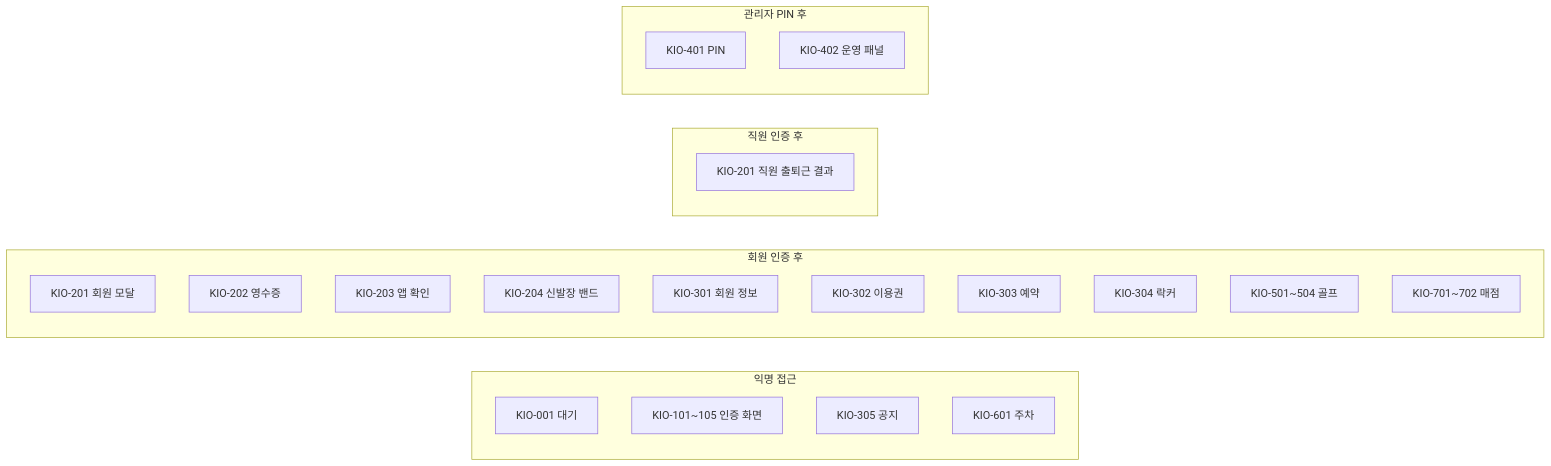
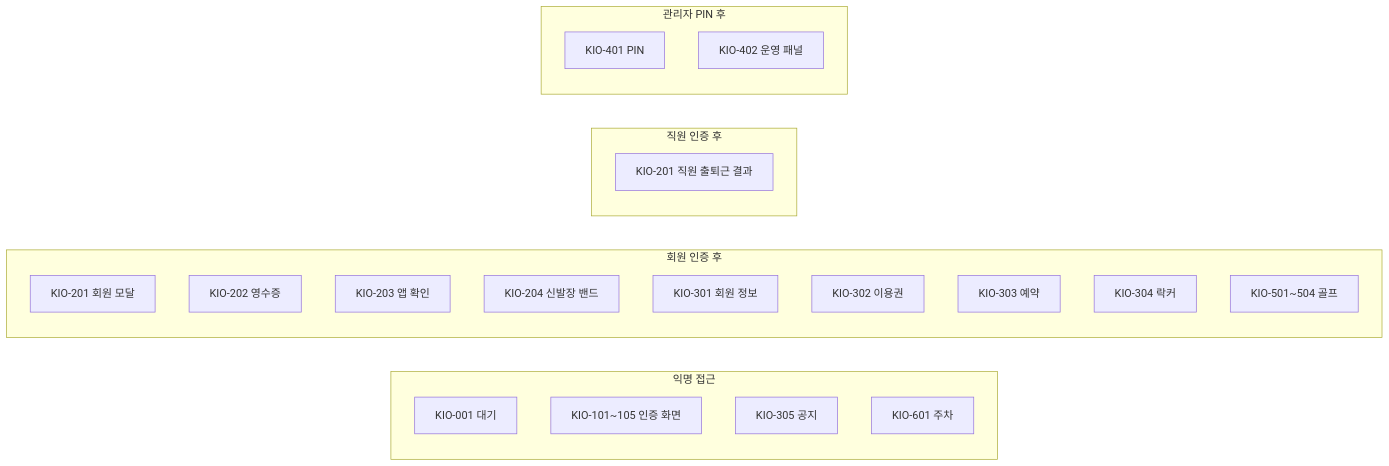
The first of 2 diagrams in docs/kiosk/다이어그램/10_권한매트릭스/10_역할별_접근권한.md (dev-spogym/admin-pando), drawn with Mermaid before and after one commit. The commit also changed other lines of this file and 167 other files, not shown here.

````diff
--- a/docs/kiosk/다이어그램/10_권한매트릭스/10_역할별_접근권한.md
+++ b/docs/kiosk/다이어그램/10_권한매트릭스/10_역할별_접근권한.md
@@ -17,31 +17,30 @@
 ```mermaid
 flowchart LR
     subgraph 익명[익명 접근]
         K001[KIO-001 대기]
         K101[KIO-101~105 인증 화면]
         K305[KIO-305 공지]
         K601[KIO-601 주차]
     end
 
     subgraph 회원[회원 인증 후]
         K201_M[KIO-201 회원 모달]
         K202[KIO-202 영수증]
         K203[KIO-203 앱 확인]
         K204[KIO-204 신발장 밴드]
         K301[KIO-301 회원 정보]
         K302[KIO-302 이용권]
         K303[KIO-303 예약]
         K304[KIO-304 락커]
         K501[KIO-501~504 골프]
-        K701[KIO-701~702 매점]
     end
 
     subgraph 직원[직원 인증 후]
         K201_S[KIO-201 직원 출퇴근 결과]
     end
 
     subgraph 관리자[관리자 PIN 후]
         K401[KIO-401 PIN]
         K402[KIO-402 운영 패널]
     end
 ```
````
